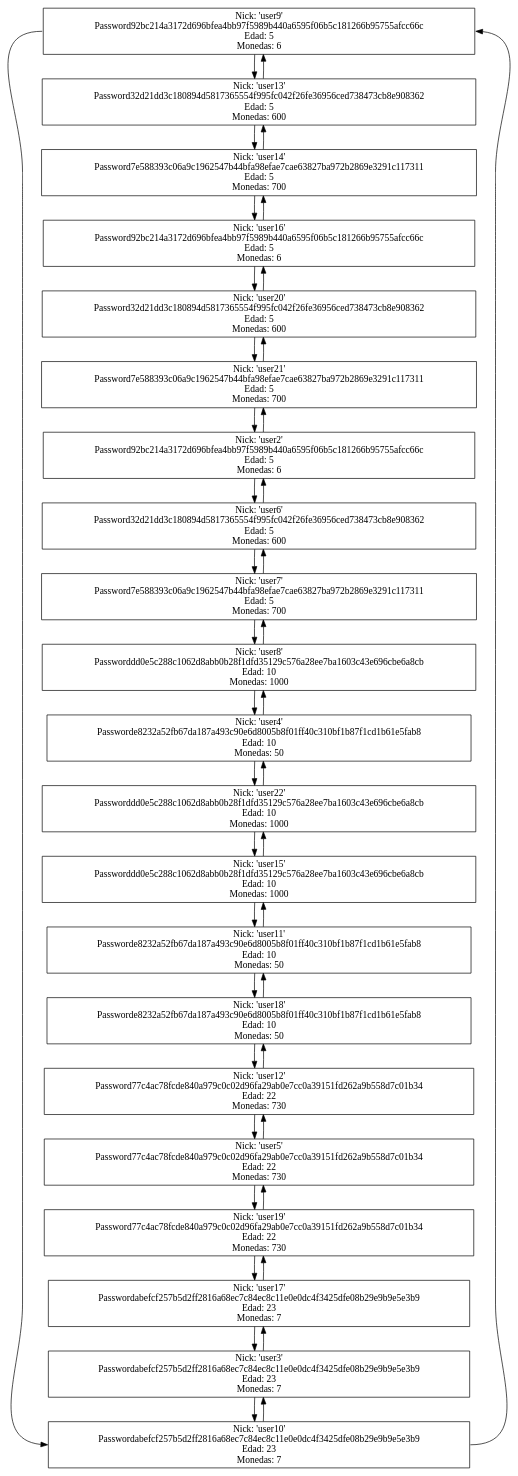
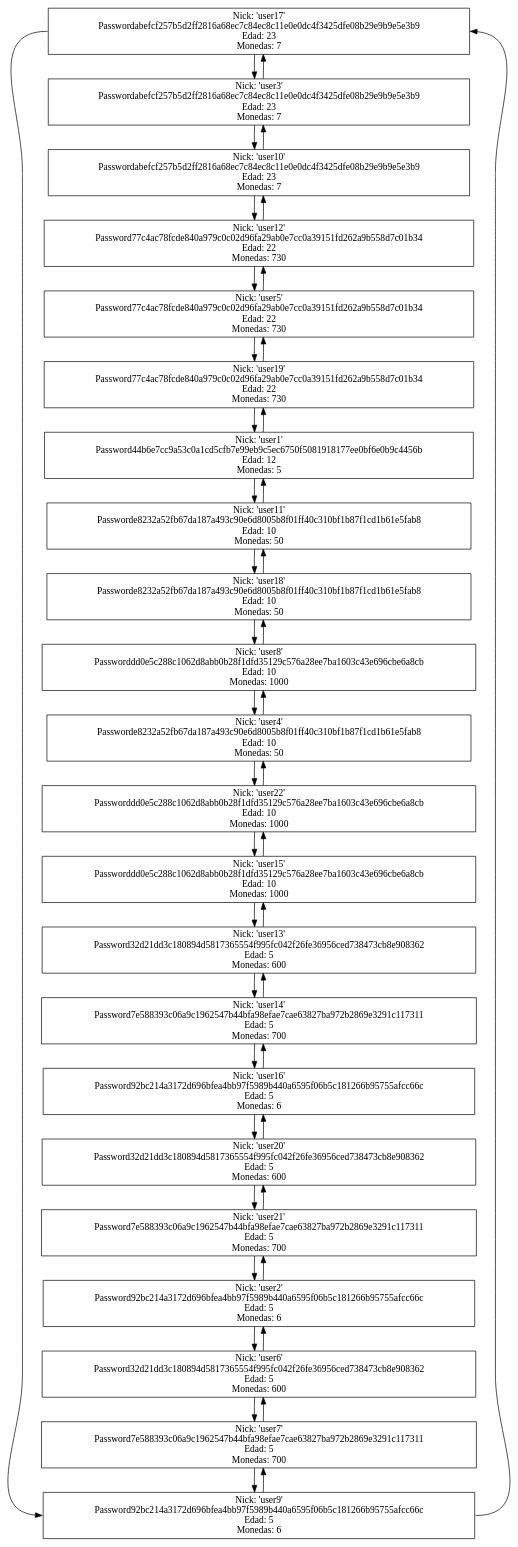
The diagram in usuarios.dot (ASique-4/-EDD_2S-BatallaNaval_202012039), drawn with Graphviz before and after one commit. The commit also changed 10 other files, not shown here.

```diff
--- a/usuarios.dot
+++ b/usuarios.dot
@@ -1,130 +1,136 @@
 digraph G {
 graph [rankdir = TB ]
 node [shape = box]
-"user9"[label="Nick: 'user9'
-Password92bc214a3172d696bfea4bb97f5989b440a6595f06b5c181266b95755afcc66c
-Edad: 5
-Monedas: 6"];
-user9->user13
+"user17"[label="Nick: 'user17'
+Passwordabefcf257b5d2ff2816a68ec7c84ec8c11e0e0dc4f3425dfe08b29e9b9e5e3b9
+Edad: 23
+Monedas: 7"];
+user17->user3
+"user3" [label="Nick: 'user3'
+Passwordabefcf257b5d2ff2816a68ec7c84ec8c11e0e0dc4f3425dfe08b29e9b9e5e3b9
+Edad: 23
+Monedas: 7"];
+"user3"->"user10"
+"user3"->"user17"
+"user10" [label="Nick: 'user10'
+Passwordabefcf257b5d2ff2816a68ec7c84ec8c11e0e0dc4f3425dfe08b29e9b9e5e3b9
+Edad: 23
+Monedas: 7"];
+"user10"->"user12"
+"user10"->"user3"
+"user12" [label="Nick: 'user12'
+Password77c4ac78fcde840a979c0c02d96fa29ab0e7cc0a39151fd262a9b558d7c01b34
+Edad: 22
+Monedas: 730"];
+"user12"->"user5"
+"user12"->"user10"
+"user5" [label="Nick: 'user5'
+Password77c4ac78fcde840a979c0c02d96fa29ab0e7cc0a39151fd262a9b558d7c01b34
+Edad: 22
+Monedas: 730"];
+"user5"->"user19"
+"user5"->"user12"
+"user19" [label="Nick: 'user19'
+Password77c4ac78fcde840a979c0c02d96fa29ab0e7cc0a39151fd262a9b558d7c01b34
+Edad: 22
+Monedas: 730"];
+"user19"->"user1"
+"user19"->"user5"
+"user1" [label="Nick: 'user1'
+Password44b6e7cc9a53c0a1cd5cfb7e99eb9c5ec6750f5081918177ee0bf6e0b9c4456b
+Edad: 12
+Monedas: 5"];
+"user1"->"user11"
+"user1"->"user19"
+"user11" [label="Nick: 'user11'
+Passworde8232a52fb67da187a493c90e6d8005b8f01ff40c310bf1b87f1cd1b61e5fab8
+Edad: 10
+Monedas: 50"];
+"user11"->"user18"
+"user11"->"user1"
+"user18" [label="Nick: 'user18'
+Passworde8232a52fb67da187a493c90e6d8005b8f01ff40c310bf1b87f1cd1b61e5fab8
+Edad: 10
+Monedas: 50"];
+"user18"->"user8"
+"user18"->"user11"
+"user8" [label="Nick: 'user8'
+Passworddd0e5c288c1062d8abb0b28f1dfd35129c576a28ee7ba1603c43e696cbe6a8cb
+Edad: 10
+Monedas: 1000"];
+"user8"->"user4"
+"user8"->"user18"
+"user4" [label="Nick: 'user4'
+Passworde8232a52fb67da187a493c90e6d8005b8f01ff40c310bf1b87f1cd1b61e5fab8
+Edad: 10
+Monedas: 50"];
+"user4"->"user22"
+"user4"->"user8"
+"user22" [label="Nick: 'user22'
+Passworddd0e5c288c1062d8abb0b28f1dfd35129c576a28ee7ba1603c43e696cbe6a8cb
+Edad: 10
+Monedas: 1000"];
+"user22"->"user15"
+"user22"->"user4"
+"user15" [label="Nick: 'user15'
+Passworddd0e5c288c1062d8abb0b28f1dfd35129c576a28ee7ba1603c43e696cbe6a8cb
+Edad: 10
+Monedas: 1000"];
+"user15"->"user13"
+"user15"->"user22"
 "user13" [label="Nick: 'user13'
 Password32d21dd3c180894d5817365554f995fc042f26fe36956ced738473cb8e908362
 Edad: 5
 Monedas: 600"];
 "user13"->"user14"
-"user13"->"user9"
+"user13"->"user15"
 "user14" [label="Nick: 'user14'
 Password7e588393c06a9c1962547b44bfa98efae7cae63827ba972b2869e3291c117311
 Edad: 5
 Monedas: 700"];
 "user14"->"user16"
 "user14"->"user13"
 "user16" [label="Nick: 'user16'
 Password92bc214a3172d696bfea4bb97f5989b440a6595f06b5c181266b95755afcc66c
 Edad: 5
 Monedas: 6"];
 "user16"->"user20"
 "user16"->"user14"
 "user20" [label="Nick: 'user20'
 Password32d21dd3c180894d5817365554f995fc042f26fe36956ced738473cb8e908362
 Edad: 5
 Monedas: 600"];
 "user20"->"user21"
 "user20"->"user16"
 "user21" [label="Nick: 'user21'
 Password7e588393c06a9c1962547b44bfa98efae7cae63827ba972b2869e3291c117311
 Edad: 5
 Monedas: 700"];
 "user21"->"user2"
 "user21"->"user20"
 "user2" [label="Nick: 'user2'
 Password92bc214a3172d696bfea4bb97f5989b440a6595f06b5c181266b95755afcc66c
 Edad: 5
 Monedas: 6"];
 "user2"->"user6"
 "user2"->"user21"
 "user6" [label="Nick: 'user6'
 Password32d21dd3c180894d5817365554f995fc042f26fe36956ced738473cb8e908362
 Edad: 5
 Monedas: 600"];
 "user6"->"user7"
 "user6"->"user2"
 "user7" [label="Nick: 'user7'
 Password7e588393c06a9c1962547b44bfa98efae7cae63827ba972b2869e3291c117311
 Edad: 5
 Monedas: 700"];
-"user7"->"user8"
+"user7"->"user9"
 "user7"->"user6"
-"user8" [label="Nick: 'user8'
-Passworddd0e5c288c1062d8abb0b28f1dfd35129c576a28ee7ba1603c43e696cbe6a8cb
-Edad: 10
-Monedas: 1000"];
-"user8"->"user4"
-"user8"->"user7"
-"user4" [label="Nick: 'user4'
-Passworde8232a52fb67da187a493c90e6d8005b8f01ff40c310bf1b87f1cd1b61e5fab8
-Edad: 10
-Monedas: 50"];
-"user4"->"user22"
-"user4"->"user8"
-"user22" [label="Nick: 'user22'
-Passworddd0e5c288c1062d8abb0b28f1dfd35129c576a28ee7ba1603c43e696cbe6a8cb
-Edad: 10
-Monedas: 1000"];
-"user22"->"user15"
-"user22"->"user4"
-"user15" [label="Nick: 'user15'
-Passworddd0e5c288c1062d8abb0b28f1dfd35129c576a28ee7ba1603c43e696cbe6a8cb
-Edad: 10
-Monedas: 1000"];
-"user15"->"user11"
-"user15"->"user22"
-"user11" [label="Nick: 'user11'
-Passworde8232a52fb67da187a493c90e6d8005b8f01ff40c310bf1b87f1cd1b61e5fab8
-Edad: 10
-Monedas: 50"];
-"user11"->"user18"
-"user11"->"user15"
-"user18" [label="Nick: 'user18'
-Passworde8232a52fb67da187a493c90e6d8005b8f01ff40c310bf1b87f1cd1b61e5fab8
-Edad: 10
-Monedas: 50"];
-"user18"->"user12"
-"user18"->"user11"
-"user12" [label="Nick: 'user12'
-Password77c4ac78fcde840a979c0c02d96fa29ab0e7cc0a39151fd262a9b558d7c01b34
-Edad: 22
-Monedas: 730"];
-"user12"->"user5"
-"user12"->"user18"
-"user5" [label="Nick: 'user5'
-Password77c4ac78fcde840a979c0c02d96fa29ab0e7cc0a39151fd262a9b558d7c01b34
-Edad: 22
-Monedas: 730"];
-"user5"->"user19"
-"user5"->"user12"
-"user19" [label="Nick: 'user19'
-Password77c4ac78fcde840a979c0c02d96fa29ab0e7cc0a39151fd262a9b558d7c01b34
-Edad: 22
-Monedas: 730"];
-"user19"->"user17"
-"user19"->"user5"
-"user17" [label="Nick: 'user17'
-Passwordabefcf257b5d2ff2816a68ec7c84ec8c11e0e0dc4f3425dfe08b29e9b9e5e3b9
-Edad: 23
-Monedas: 7"];
-"user17"->"user3"
-"user17"->"user19"
-"user3" [label="Nick: 'user3'
-Passwordabefcf257b5d2ff2816a68ec7c84ec8c11e0e0dc4f3425dfe08b29e9b9e5e3b9
-Edad: 23
-Monedas: 7"];
-"user3"->"user10"
-"user3"->"user17"
-"user10"[label="Nick: 'user10'
-Passwordabefcf257b5d2ff2816a68ec7c84ec8c11e0e0dc4f3425dfe08b29e9b9e5e3b9
-Edad: 23
-Monedas: 7"];
-"user10"->"user3"
-"user10":e->"user9":e
-"user9":w->"user10":w
+"user9"[label="Nick: 'user9'
+Password92bc214a3172d696bfea4bb97f5989b440a6595f06b5c181266b95755afcc66c
+Edad: 5
+Monedas: 6"];
+"user9"->"user7"
+"user9":e->"user17":e
+"user17":w->"user9":w
 }
```
